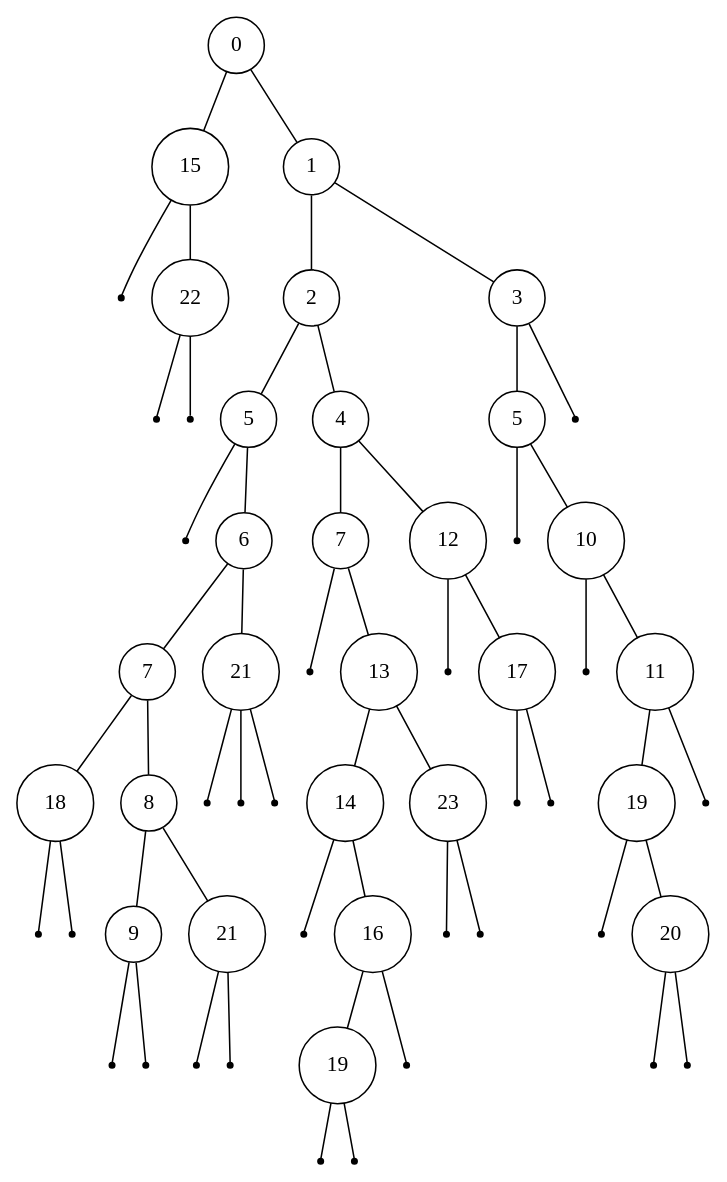
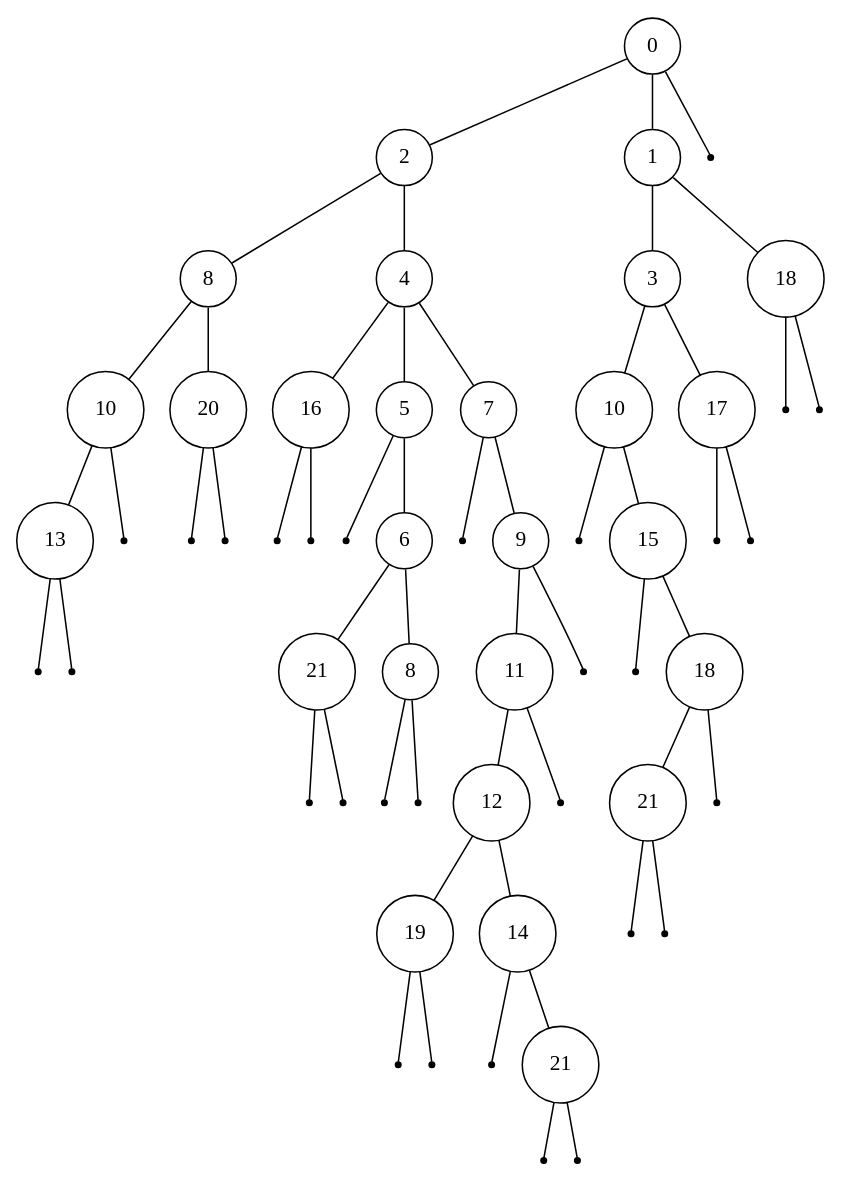
One commit to Shaolans/Projet_AAGA changed the diagram in tree/test10.dot. Above: the diagram before and after it, drawn with Graphviz. The commit also changed 2185 other files, not shown here.

```diff
--- a/tree/test10.dot
+++ b/tree/test10.dot
@@ -1,34 +1,46 @@
 digraph {
   edge [arrowhead = none, arrowtail=none];
-treeimplementationSchroderTreeImpla09ee92 [label="0", shape=circle, width=0.1];
-treeimplementationSchroderTreeImpla09ee92 -> treeimplementationSchroderTreeImpl30f39991;
+treeimplementationSchroderTreeImpl2ff4acd0 [label="0", shape=circle, width=0.1];
+treeimplementationSchroderTreeImpl2ff4acd0 -> treeimplementationSchroderTreeImpl54bedef2;
+treeimplementationSchroderTreeImpl2ff4acd0 -> treeimplementationSchroderTreeImpl5caf905d;
+treeimplementationSchroderTreeImpl2ff4acd0 -> treeimplementationSchroderTreeImpl27716f4;
+treeimplementationSchroderTreeImpl54bedef2 [label="2", shape=circle, width=0.1];
+treeimplementationSchroderTreeImpl54bedef2 -> treeimplementationSchroderTreeImpl8efb846;
+treeimplementationSchroderTreeImpl54bedef2 -> treeimplementationSchroderTreeImpl2a84aee7;
+treeimplementationSchroderTreeImpl8efb846 [label="8", shape=circle, width=0.1];
+treeimplementationSchroderTreeImpl8efb846 -> treeimplementationSchroderTreeImpla09ee92;
+treeimplementationSchroderTreeImpl8efb846 -> treeimplementationSchroderTreeImpl30f39991;
+treeimplementationSchroderTreeImpla09ee92 [label="10", shape=circle, width=0.1];
 treeimplementationSchroderTreeImpla09ee92 -> treeimplementationSchroderTreeImpl452b3a41;
-treeimplementationSchroderTreeImpl30f39991 [label="15", shape=circle, width=0.1];
-treeimplementationSchroderTreeImpl30f39991 -> treeimplementationSchroderTreeImpl4a574795;
-treeimplementationSchroderTreeImpl30f39991 -> treeimplementationSchroderTreeImplf6f4d33;
+treeimplementationSchroderTreeImpla09ee92 -> treeimplementationSchroderTreeImpl4a574795;
+treeimplementationSchroderTreeImpl452b3a41 [label="13", shape=circle, width=0.1];
+treeimplementationSchroderTreeImpl452b3a41 -> treeimplementationSchroderTreeImplf6f4d33;
+treeimplementationSchroderTreeImpl452b3a41 -> treeimplementationSchroderTreeImpl23fc625e;
+treeimplementationSchroderTreeImplf6f4d33 [label="", shape=point];
+treeimplementationSchroderTreeImpl23fc625e [label="", shape=point];
 treeimplementationSchroderTreeImpl4a574795 [label="", shape=point];
-treeimplementationSchroderTreeImplf6f4d33 [label="22", shape=circle, width=0.1];
-treeimplementationSchroderTreeImplf6f4d33 -> treeimplementationSchroderTreeImpl23fc625e;
-treeimplementationSchroderTreeImplf6f4d33 -> treeimplementationSchroderTreeImpl3f99bd52;
-treeimplementationSchroderTreeImpl23fc625e [label="", shape=point];
+treeimplementationSchroderTreeImpl30f39991 [label="20", shape=circle, width=0.1];
+treeimplementationSchroderTreeImpl30f39991 -> treeimplementationSchroderTreeImpl3f99bd52;
+treeimplementationSchroderTreeImpl30f39991 -> treeimplementationSchroderTreeImpl4f023edb;
 treeimplementationSchroderTreeImpl3f99bd52 [label="", shape=point];
-treeimplementationSchroderTreeImpl452b3a41 [label="1", shape=circle, width=0.1];
-treeimplementationSchroderTreeImpl452b3a41 -> treeimplementationSchroderTreeImpl4f023edb;
-treeimplementationSchroderTreeImpl452b3a41 -> treeimplementationSchroderTreeImpl3a71f4dd;
-treeimplementationSchroderTreeImpl4f023edb [label="2", shape=circle, width=0.1];
-treeimplementationSchroderTreeImpl4f023edb -> treeimplementationSchroderTreeImpl7adf9f5f;
-treeimplementationSchroderTreeImpl4f023edb -> treeimplementationSchroderTreeImpl85ede7b;
+treeimplementationSchroderTreeImpl4f023edb [label="", shape=point];
+treeimplementationSchroderTreeImpl2a84aee7 [label="4", shape=circle, width=0.1];
+treeimplementationSchroderTreeImpl2a84aee7 -> treeimplementationSchroderTreeImpl3a71f4dd;
+treeimplementationSchroderTreeImpl2a84aee7 -> treeimplementationSchroderTreeImpl7adf9f5f;
+treeimplementationSchroderTreeImpl2a84aee7 -> treeimplementationSchroderTreeImpl85ede7b;
+treeimplementationSchroderTreeImpl3a71f4dd [label="16", shape=circle, width=0.1];
+treeimplementationSchroderTreeImpl3a71f4dd -> treeimplementationSchroderTreeImpl5674cd4d;
+treeimplementationSchroderTreeImpl3a71f4dd -> treeimplementationSchroderTreeImpl63961c42;
+treeimplementationSchroderTreeImpl5674cd4d [label="", shape=point];
+treeimplementationSchroderTreeImpl63961c42 [label="", shape=point];
 treeimplementationSchroderTreeImpl7adf9f5f [label="5", shape=circle, width=0.1];
-treeimplementationSchroderTreeImpl7adf9f5f -> treeimplementationSchroderTreeImpl5674cd4d;
-treeimplementationSchroderTreeImpl7adf9f5f -> treeimplementationSchroderTreeImpl63961c42;
-treeimplementationSchroderTreeImpl5674cd4d [label="", shape=point];
-treeimplementationSchroderTreeImpl63961c42 [label="6", shape=circle, width=0.1];
-treeimplementationSchroderTreeImpl63961c42 -> treeimplementationSchroderTreeImpl65b54208;
-treeimplementationSchroderTreeImpl63961c42 -> treeimplementationSchroderTreeImpl1be6f5c3;
-treeimplementationSchroderTreeImpl65b54208 [label="7", shape=circle, width=0.1];
-treeimplementationSchroderTreeImpl65b54208 -> treeimplementationSchroderTreeImpl6b884d57;
-treeimplementationSchroderTreeImpl65b54208 -> treeimplementationSchroderTreeImpl38af3868;
-treeimplementationSchroderTreeImpl6b884d57 [label="18", shape=circle, width=0.1];
+treeimplementationSchroderTreeImpl7adf9f5f -> treeimplementationSchroderTreeImpl65b54208;
+treeimplementationSchroderTreeImpl7adf9f5f -> treeimplementationSchroderTreeImpl1be6f5c3;
+treeimplementationSchroderTreeImpl65b54208 [label="", shape=point];
+treeimplementationSchroderTreeImpl1be6f5c3 [label="6", shape=circle, width=0.1];
+treeimplementationSchroderTreeImpl1be6f5c3 -> treeimplementationSchroderTreeImpl6b884d57;
+treeimplementationSchroderTreeImpl1be6f5c3 -> treeimplementationSchroderTreeImpl38af3868;
+treeimplementationSchroderTreeImpl6b884d57 [label="21", shape=circle, width=0.1];
 treeimplementationSchroderTreeImpl6b884d57 -> treeimplementationSchroderTreeImpl77459877;
 treeimplementationSchroderTreeImpl6b884d57 -> treeimplementationSchroderTreeImpl5b2133b1;
 treeimplementationSchroderTreeImpl77459877 [label="", shape=point];
@@ -36,83 +48,69 @@
 treeimplementationSchroderTreeImpl38af3868 [label="8", shape=circle, width=0.1];
 treeimplementationSchroderTreeImpl38af3868 -> treeimplementationSchroderTreeImpl72ea2f77;
 treeimplementationSchroderTreeImpl38af3868 -> treeimplementationSchroderTreeImpl33c7353a;
-treeimplementationSchroderTreeImpl72ea2f77 [label="9", shape=circle, width=0.1];
-treeimplementationSchroderTreeImpl72ea2f77 -> treeimplementationSchroderTreeImpl681a9515;
-treeimplementationSchroderTreeImpl72ea2f77 -> treeimplementationSchroderTreeImpl3af49f1c;
+treeimplementationSchroderTreeImpl72ea2f77 [label="", shape=point];
+treeimplementationSchroderTreeImpl33c7353a [label="", shape=point];
+treeimplementationSchroderTreeImpl85ede7b [label="7", shape=circle, width=0.1];
+treeimplementationSchroderTreeImpl85ede7b -> treeimplementationSchroderTreeImpl681a9515;
+treeimplementationSchroderTreeImpl85ede7b -> treeimplementationSchroderTreeImpl3af49f1c;
 treeimplementationSchroderTreeImpl681a9515 [label="", shape=point];
-treeimplementationSchroderTreeImpl3af49f1c [label="", shape=point];
-treeimplementationSchroderTreeImpl33c7353a [label="21", shape=circle, width=0.1];
-treeimplementationSchroderTreeImpl33c7353a -> treeimplementationSchroderTreeImpl19469ea2;
-treeimplementationSchroderTreeImpl33c7353a -> treeimplementationSchroderTreeImpl13221655;
-treeimplementationSchroderTreeImpl19469ea2 [label="", shape=point];
+treeimplementationSchroderTreeImpl3af49f1c [label="9", shape=circle, width=0.1];
+treeimplementationSchroderTreeImpl3af49f1c -> treeimplementationSchroderTreeImpl19469ea2;
+treeimplementationSchroderTreeImpl3af49f1c -> treeimplementationSchroderTreeImpl13221655;
+treeimplementationSchroderTreeImpl19469ea2 [label="11", shape=circle, width=0.1];
+treeimplementationSchroderTreeImpl19469ea2 -> treeimplementationSchroderTreeImpl2f2c9b19;
+treeimplementationSchroderTreeImpl19469ea2 -> treeimplementationSchroderTreeImpl31befd9f;
+treeimplementationSchroderTreeImpl2f2c9b19 [label="12", shape=circle, width=0.1];
+treeimplementationSchroderTreeImpl2f2c9b19 -> treeimplementationSchroderTreeImpl1c20c684;
+treeimplementationSchroderTreeImpl2f2c9b19 -> treeimplementationSchroderTreeImpl1fb3ebeb;
+treeimplementationSchroderTreeImpl1c20c684 [label="19", shape=circle, width=0.1];
+treeimplementationSchroderTreeImpl1c20c684 -> treeimplementationSchroderTreeImpl548c4f57;
+treeimplementationSchroderTreeImpl1c20c684 -> treeimplementationSchroderTreeImpl1218025c;
+treeimplementationSchroderTreeImpl548c4f57 [label="", shape=point];
+treeimplementationSchroderTreeImpl1218025c [label="", shape=point];
+treeimplementationSchroderTreeImpl1fb3ebeb [label="14", shape=circle, width=0.1];
+treeimplementationSchroderTreeImpl1fb3ebeb -> treeimplementationSchroderTreeImpl816f27d;
+treeimplementationSchroderTreeImpl1fb3ebeb -> treeimplementationSchroderTreeImpl87aac27;
+treeimplementationSchroderTreeImpl816f27d [label="", shape=point];
+treeimplementationSchroderTreeImpl87aac27 [label="21", shape=circle, width=0.1];
+treeimplementationSchroderTreeImpl87aac27 -> treeimplementationSchroderTreeImpl3e3abc88;
+treeimplementationSchroderTreeImpl87aac27 -> treeimplementationSchroderTreeImpl6ce253f1;
+treeimplementationSchroderTreeImpl3e3abc88 [label="", shape=point];
+treeimplementationSchroderTreeImpl6ce253f1 [label="", shape=point];
+treeimplementationSchroderTreeImpl31befd9f [label="", shape=point];
 treeimplementationSchroderTreeImpl13221655 [label="", shape=point];
-treeimplementationSchroderTreeImpl1be6f5c3 [label="21", shape=circle, width=0.1];
-treeimplementationSchroderTreeImpl1be6f5c3 -> treeimplementationSchroderTreeImpl2f2c9b19;
-treeimplementationSchroderTreeImpl1be6f5c3 -> treeimplementationSchroderTreeImpl31befd9f;
-treeimplementationSchroderTreeImpl1be6f5c3 -> treeimplementationSchroderTreeImpl1c20c684;
-treeimplementationSchroderTreeImpl2f2c9b19 [label="", shape=point];
-treeimplementationSchroderTreeImpl31befd9f [label="", shape=point];
-treeimplementationSchroderTreeImpl1c20c684 [label="", shape=point];
-treeimplementationSchroderTreeImpl85ede7b [label="4", shape=circle, width=0.1];
-treeimplementationSchroderTreeImpl85ede7b -> treeimplementationSchroderTreeImpl1fb3ebeb;
-treeimplementationSchroderTreeImpl85ede7b -> treeimplementationSchroderTreeImpl548c4f57;
-treeimplementationSchroderTreeImpl1fb3ebeb [label="7", shape=circle, width=0.1];
-treeimplementationSchroderTreeImpl1fb3ebeb -> treeimplementationSchroderTreeImpl1218025c;
-treeimplementationSchroderTreeImpl1fb3ebeb -> treeimplementationSchroderTreeImpl816f27d;
-treeimplementationSchroderTreeImpl1218025c [label="", shape=point];
-treeimplementationSchroderTreeImpl816f27d [label="13", shape=circle, width=0.1];
-treeimplementationSchroderTreeImpl816f27d -> treeimplementationSchroderTreeImpl87aac27;
-treeimplementationSchroderTreeImpl816f27d -> treeimplementationSchroderTreeImpl3e3abc88;
-treeimplementationSchroderTreeImpl87aac27 [label="14", shape=circle, width=0.1];
-treeimplementationSchroderTreeImpl87aac27 -> treeimplementationSchroderTreeImpl6ce253f1;
-treeimplementationSchroderTreeImpl87aac27 -> treeimplementationSchroderTreeImpl53d8d10a;
-treeimplementationSchroderTreeImpl6ce253f1 [label="", shape=point];
-treeimplementationSchroderTreeImpl53d8d10a [label="16", shape=circle, width=0.1];
-treeimplementationSchroderTreeImpl53d8d10a -> treeimplementationSchroderTreeImple9e54c2;
+treeimplementationSchroderTreeImpl5caf905d [label="1", shape=circle, width=0.1];
+treeimplementationSchroderTreeImpl5caf905d -> treeimplementationSchroderTreeImpl53d8d10a;
+treeimplementationSchroderTreeImpl5caf905d -> treeimplementationSchroderTreeImple9e54c2;
+treeimplementationSchroderTreeImpl53d8d10a [label="3", shape=circle, width=0.1];
 treeimplementationSchroderTreeImpl53d8d10a -> treeimplementationSchroderTreeImpl65ab7765;
-treeimplementationSchroderTreeImple9e54c2 [label="19", shape=circle, width=0.1];
-treeimplementationSchroderTreeImple9e54c2 -> treeimplementationSchroderTreeImpl1b28cdfa;
-treeimplementationSchroderTreeImple9e54c2 -> treeimplementationSchroderTreeImpleed1f14;
-treeimplementationSchroderTreeImpl1b28cdfa [label="", shape=point];
+treeimplementationSchroderTreeImpl53d8d10a -> treeimplementationSchroderTreeImpl1b28cdfa;
+treeimplementationSchroderTreeImpl65ab7765 [label="10", shape=circle, width=0.1];
+treeimplementationSchroderTreeImpl65ab7765 -> treeimplementationSchroderTreeImpleed1f14;
+treeimplementationSchroderTreeImpl65ab7765 -> treeimplementationSchroderTreeImpl7229724f;
 treeimplementationSchroderTreeImpleed1f14 [label="", shape=point];
-treeimplementationSchroderTreeImpl65ab7765 [label="", shape=point];
-treeimplementationSchroderTreeImpl3e3abc88 [label="23", shape=circle, width=0.1];
-treeimplementationSchroderTreeImpl3e3abc88 -> treeimplementationSchroderTreeImpl7229724f;
-treeimplementationSchroderTreeImpl3e3abc88 -> treeimplementationSchroderTreeImpl4c873330;
-treeimplementationSchroderTreeImpl7229724f [label="", shape=point];
+treeimplementationSchroderTreeImpl7229724f [label="15", shape=circle, width=0.1];
+treeimplementationSchroderTreeImpl7229724f -> treeimplementationSchroderTreeImpl4c873330;
+treeimplementationSchroderTreeImpl7229724f -> treeimplementationSchroderTreeImpl119d7047;
 treeimplementationSchroderTreeImpl4c873330 [label="", shape=point];
-treeimplementationSchroderTreeImpl548c4f57 [label="12", shape=circle, width=0.1];
-treeimplementationSchroderTreeImpl548c4f57 -> treeimplementationSchroderTreeImpl119d7047;
-treeimplementationSchroderTreeImpl548c4f57 -> treeimplementationSchroderTreeImpl776ec8df;
-treeimplementationSchroderTreeImpl119d7047 [label="", shape=point];
-treeimplementationSchroderTreeImpl776ec8df [label="17", shape=circle, width=0.1];
-treeimplementationSchroderTreeImpl776ec8df -> treeimplementationSchroderTreeImpl4eec7777;
+treeimplementationSchroderTreeImpl119d7047 [label="18", shape=circle, width=0.1];
+treeimplementationSchroderTreeImpl119d7047 -> treeimplementationSchroderTreeImpl776ec8df;
+treeimplementationSchroderTreeImpl119d7047 -> treeimplementationSchroderTreeImpl4eec7777;
+treeimplementationSchroderTreeImpl776ec8df [label="21", shape=circle, width=0.1];
 treeimplementationSchroderTreeImpl776ec8df -> treeimplementationSchroderTreeImpl3b07d329;
+treeimplementationSchroderTreeImpl776ec8df -> treeimplementationSchroderTreeImpl41629346;
+treeimplementationSchroderTreeImpl3b07d329 [label="", shape=point];
+treeimplementationSchroderTreeImpl41629346 [label="", shape=point];
 treeimplementationSchroderTreeImpl4eec7777 [label="", shape=point];
-treeimplementationSchroderTreeImpl3b07d329 [label="", shape=point];
-treeimplementationSchroderTreeImpl3a71f4dd [label="3", shape=circle, width=0.1];
-treeimplementationSchroderTreeImpl3a71f4dd -> treeimplementationSchroderTreeImpl41629346;
-treeimplementationSchroderTreeImpl3a71f4dd -> treeimplementationSchroderTreeImpl404b9385;
-treeimplementationSchroderTreeImpl41629346 [label="5", shape=circle, width=0.1];
-treeimplementationSchroderTreeImpl41629346 -> treeimplementationSchroderTreeImpl6d311334;
-treeimplementationSchroderTreeImpl41629346 -> treeimplementationSchroderTreeImpl682a0b20;
+treeimplementationSchroderTreeImpl1b28cdfa [label="17", shape=circle, width=0.1];
+treeimplementationSchroderTreeImpl1b28cdfa -> treeimplementationSchroderTreeImpl404b9385;
+treeimplementationSchroderTreeImpl1b28cdfa -> treeimplementationSchroderTreeImpl6d311334;
+treeimplementationSchroderTreeImpl404b9385 [label="", shape=point];
 treeimplementationSchroderTreeImpl6d311334 [label="", shape=point];
-treeimplementationSchroderTreeImpl682a0b20 [label="10", shape=circle, width=0.1];
-treeimplementationSchroderTreeImpl682a0b20 -> treeimplementationSchroderTreeImpl3d075dc0;
-treeimplementationSchroderTreeImpl682a0b20 -> treeimplementationSchroderTreeImpl214c265e;
+treeimplementationSchroderTreeImple9e54c2 [label="18", shape=circle, width=0.1];
+treeimplementationSchroderTreeImple9e54c2 -> treeimplementationSchroderTreeImpl682a0b20;
+treeimplementationSchroderTreeImple9e54c2 -> treeimplementationSchroderTreeImpl3d075dc0;
+treeimplementationSchroderTreeImpl682a0b20 [label="", shape=point];
 treeimplementationSchroderTreeImpl3d075dc0 [label="", shape=point];
-treeimplementationSchroderTreeImpl214c265e [label="11", shape=circle, width=0.1];
-treeimplementationSchroderTreeImpl214c265e -> treeimplementationSchroderTreeImpl448139f0;
-treeimplementationSchroderTreeImpl214c265e -> treeimplementationSchroderTreeImpl7cca494b;
-treeimplementationSchroderTreeImpl448139f0 [label="19", shape=circle, width=0.1];
-treeimplementationSchroderTreeImpl448139f0 -> treeimplementationSchroderTreeImpl7ba4f24f;
-treeimplementationSchroderTreeImpl448139f0 -> treeimplementationSchroderTreeImpl3b9a45b3;
-treeimplementationSchroderTreeImpl7ba4f24f [label="", shape=point];
-treeimplementationSchroderTreeImpl3b9a45b3 [label="20", shape=circle, width=0.1];
-treeimplementationSchroderTreeImpl3b9a45b3 -> treeimplementationSchroderTreeImpl7699a589;
-treeimplementationSchroderTreeImpl3b9a45b3 -> treeimplementationSchroderTreeImpl58372a00;
-treeimplementationSchroderTreeImpl7699a589 [label="", shape=point];
-treeimplementationSchroderTreeImpl58372a00 [label="", shape=point];
-treeimplementationSchroderTreeImpl7cca494b [label="", shape=point];
-treeimplementationSchroderTreeImpl404b9385 [label="", shape=point];
+treeimplementationSchroderTreeImpl27716f4 [label="", shape=point];
 }
```
